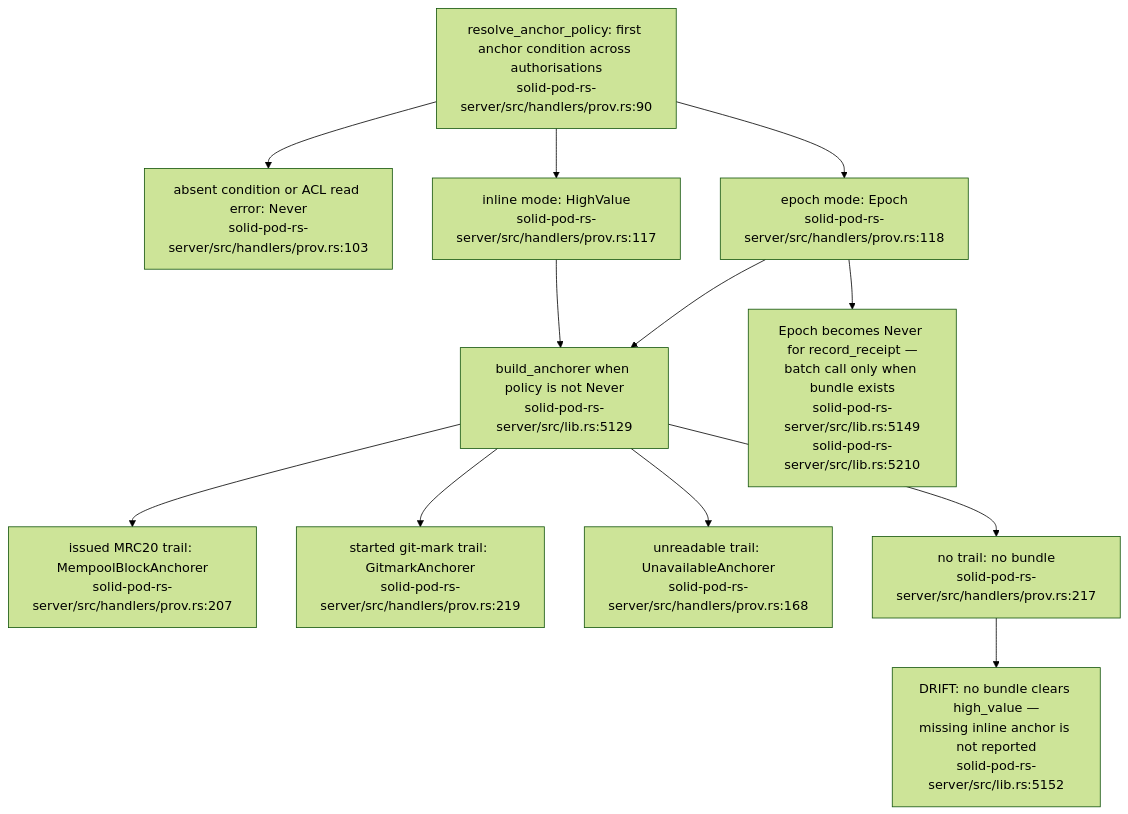
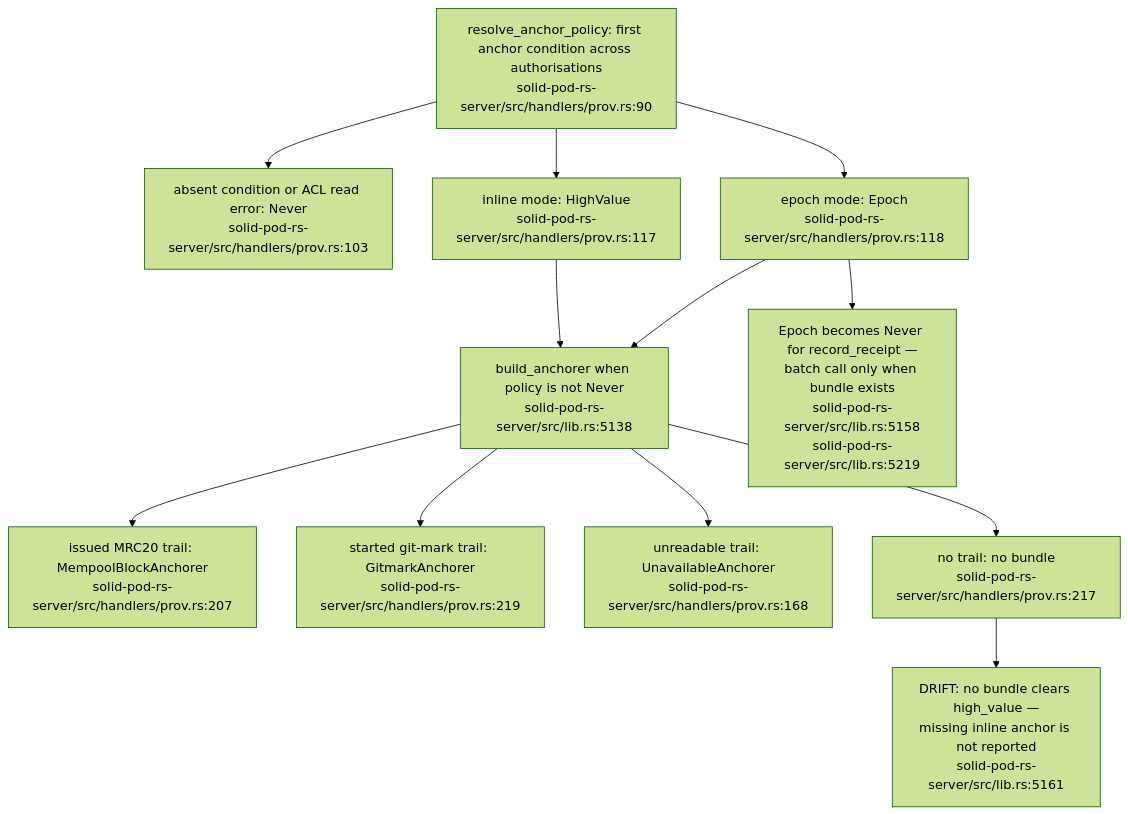
Before and after one commit to DreamLab-AI/VisionFlow: the third of 21 diagrams in docs/diagrams/solid-pod-rs/07-provenance-and-payments.md, drawn with Mermaid (forest theme). The commit also changed other lines of this file and 18 other files, not shown here.

First line of the commit message:
docs(diagrams): freeze panels for fixed defects and add successors at the fix revisions

````diff
--- a/docs/diagrams/solid-pod-rs/07-provenance-and-payments.md
+++ b/docs/diagrams/solid-pod-rs/07-provenance-and-payments.md
@@ -94,22 +94,22 @@
 ```mermaid
 flowchart TD
     RES["resolve_anchor_policy: first anchor condition across authorisations<br/>solid-pod-rs-server/src/handlers/prov.rs:90"]
     NEVER["absent condition or ACL read error: Never<br/>solid-pod-rs-server/src/handlers/prov.rs:103"]
     HV["inline mode: HighValue<br/>solid-pod-rs-server/src/handlers/prov.rs:117"]
     EP["epoch mode: Epoch<br/>solid-pod-rs-server/src/handlers/prov.rs:118"]
-    BLD["build_anchorer when policy is not Never<br/>solid-pod-rs-server/src/lib.rs:5129"]
+    BLD["build_anchorer when policy is not Never<br/>solid-pod-rs-server/src/lib.rs:5138"]
     MRC["issued MRC20 trail: MempoolBlockAnchorer<br/>solid-pod-rs-server/src/handlers/prov.rs:207"]
     GM["started git-mark trail: GitmarkAnchorer<br/>solid-pod-rs-server/src/handlers/prov.rs:219"]
     ERR["unreadable trail: UnavailableAnchorer<br/>solid-pod-rs-server/src/handlers/prov.rs:168"]
     NONE["no trail: no bundle<br/>solid-pod-rs-server/src/handlers/prov.rs:217"]
-    FLAG["DRIFT: no bundle clears high_value —<br/>missing inline anchor is not reported<br/>solid-pod-rs-server/src/lib.rs:5152"]
-    BATCH["Epoch becomes Never for record_receipt —<br/>batch call only when bundle exists<br/>solid-pod-rs-server/src/lib.rs:5149<br/>solid-pod-rs-server/src/lib.rs:5210"]
+    FLAG["DRIFT: no bundle clears high_value —<br/>missing inline anchor is not reported<br/>solid-pod-rs-server/src/lib.rs:5161"]
+    BATCH["Epoch becomes Never for record_receipt —<br/>batch call only when bundle exists<br/>solid-pod-rs-server/src/lib.rs:5158<br/>solid-pod-rs-server/src/lib.rs:5219"]
     RES --> NEVER
     RES --> HV --> BLD
     RES --> EP --> BLD
     BLD --> MRC
     BLD --> GM
     BLD --> ERR
     BLD --> NONE --> FLAG
     EP --> BATCH
 ```
````
